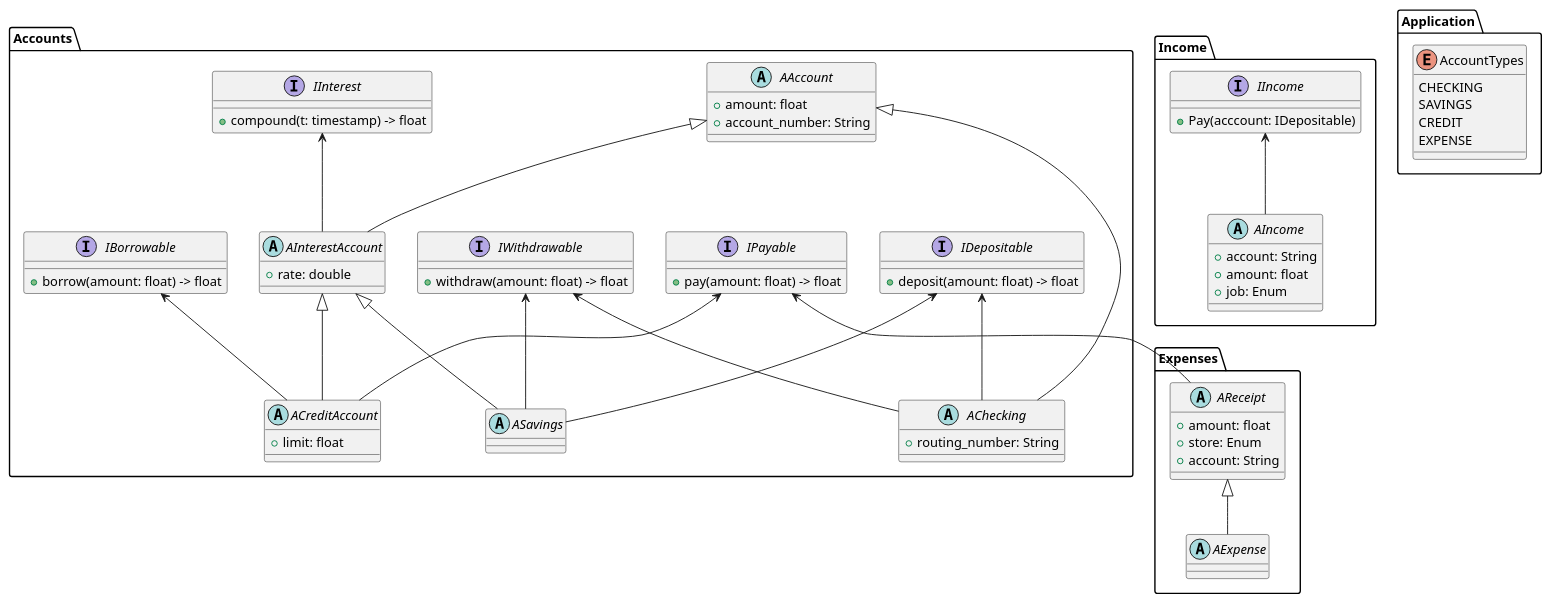
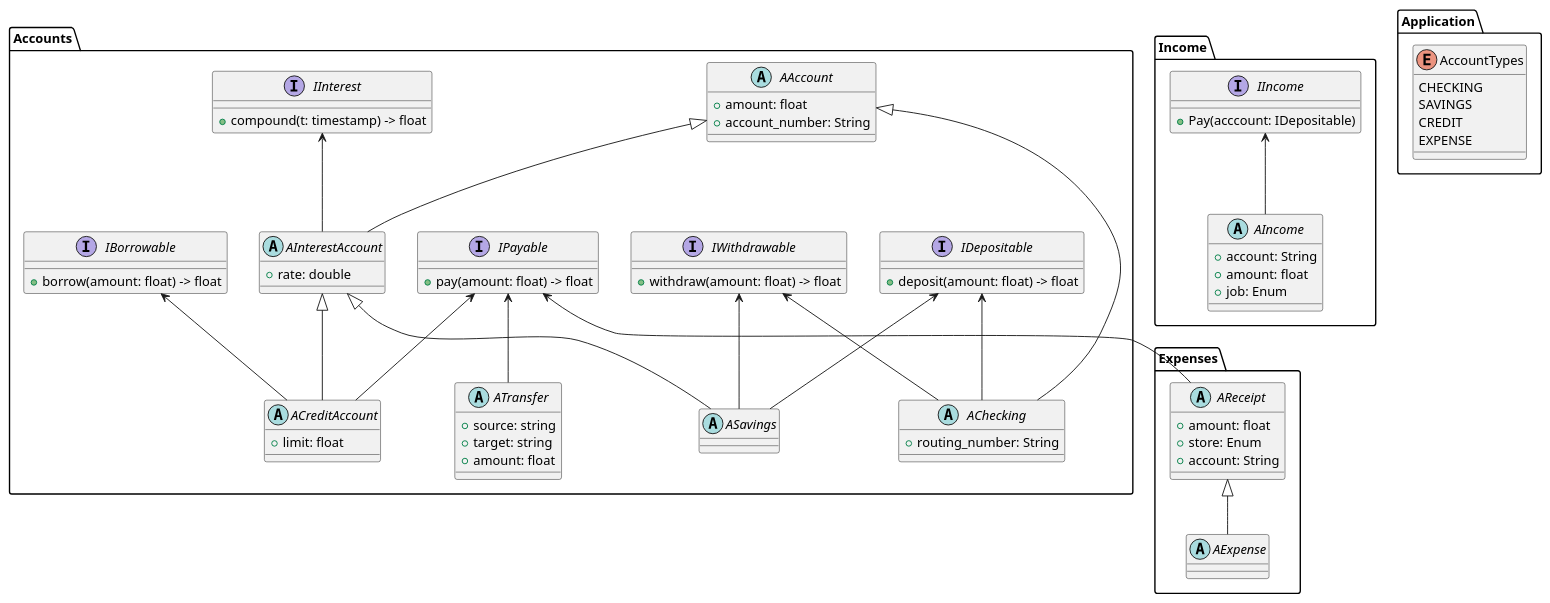
Before and after one commit to aaron-jencks/budget_LabVIEW: the diagram in object_model.puml, drawn with PlantUML. The commit also changed 2 other files, not shown here.

```diff
--- a/object_model.puml
+++ b/object_model.puml
@@ -1,95 +1,103 @@
 @startuml
 package Accounts {
     interface IDepositable {
     + deposit(amount: float) -> float
     }
 
     interface IWithdrawable {
     + withdraw(amount: float) -> float
     }
 
     interface IPayable {
     + pay(amount: float) -> float
     }
 
     interface IBorrowable {
     + borrow(amount: float) -> float
     }
 
     abstract class AAccount {
     + amount: float
     + account_number: String
     }
 
     interface IInterest {
     + compound(t: timestamp) -> float
     }
 
     abstract class AInterestAccount {
     + rate: double
     }
 
     IInterest <-- AInterestAccount
     AAccount <|-- AInterestAccount
 
     abstract class ACreditAccount {
     + limit: float
     }
 
     IBorrowable <-- ACreditAccount
     IPayable <-- ACreditAccount
     AInterestAccount <|-- ACreditAccount
 
     abstract class ASavings {
     }
 
     IDepositable <-- ASavings
     IWithdrawable <-- ASavings
     AInterestAccount <|-- ASavings
 
     abstract class AChecking {
     + routing_number: String
     }
 
     IDepositable <-- AChecking
     IWithdrawable <-- AChecking
     AAccount <|-- AChecking
+
+    abstract class ATransfer {
+    + source: string
+    + target: string
+    + amount: float
+    }
+
+    IPayable <-- ATransfer
 }
 
 package Expenses {
     abstract class AReceipt {
     + amount: float
     + store: Enum
     + account: String
     }
     IPayable <-- AReceipt
 
     abstract class AExpense {
     }
 
     AReceipt <|-- AExpense
 }
 
 package Income {
     interface IIncome {
     + Pay(acccount: IDepositable)
     }
 
     abstract class AIncome {
     + account: String
     + amount: float
     + job: Enum
     }
 
     IIncome <-- AIncome
 }
 
 package Application {
     enum AccountTypes {
         CHECKING
         SAVINGS
         CREDIT
         EXPENSE
     }
 }
 @enduml
```
